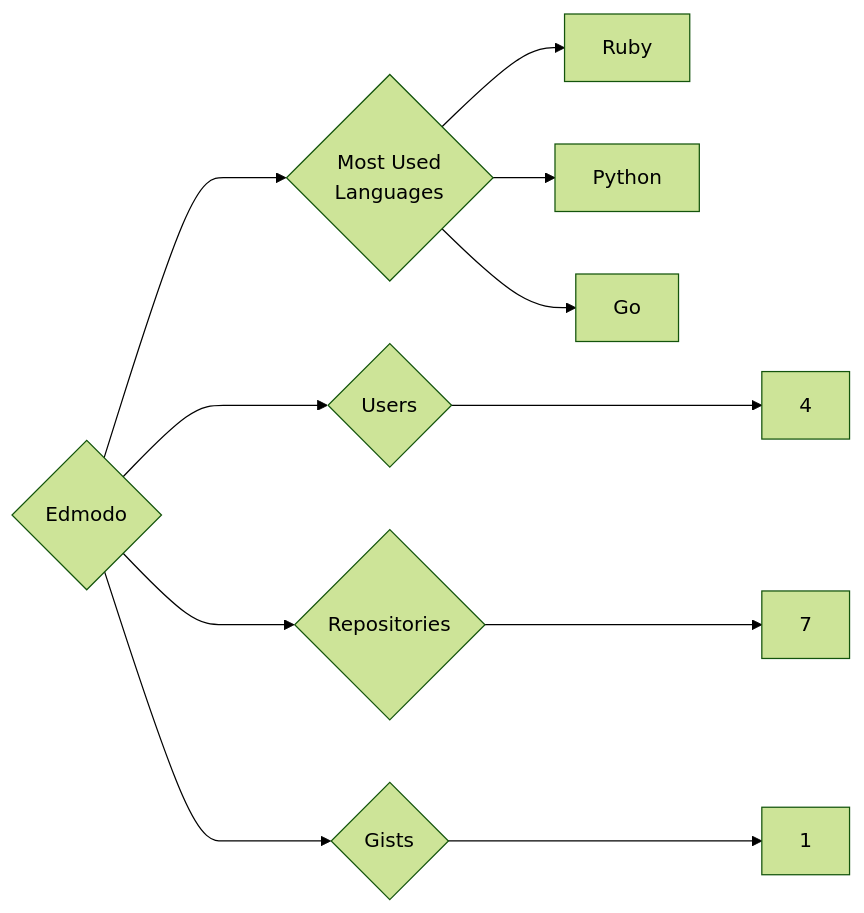
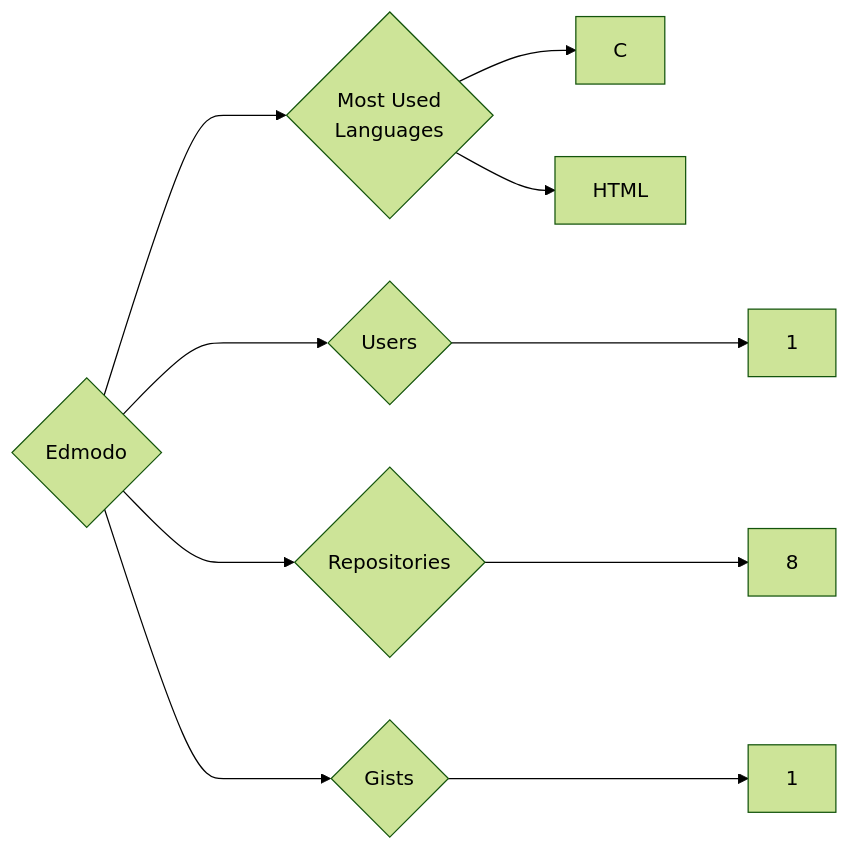
Before and after one commit to trickest/insiders: the diagram in targets/Edmodo/README.md, drawn with Mermaid (forest theme). The commit also changed 823 other files, not shown here.

````diff
--- a/targets/Edmodo/README.md
+++ b/targets/Edmodo/README.md
@@ -3,11 +3,10 @@
 ```mermaid
 graph LR
 COMPANY_NAME{Edmodo}
-COMPANY_NAME ---> U{Users} ---> UN[4]
-COMPANY_NAME ---> R{Repositories} ---> RN[7]
+COMPANY_NAME ---> U{Users} ---> UN[1]
+COMPANY_NAME ---> R{Repositories} ---> RN[8]
 COMPANY_NAME ---> G{Gists} ---> GN[1]
 COMPANY_NAME ---> ML{Most Used<br>Languages}
-ML --> Ruby[Ruby]
-ML --> Python[Python]
-ML --> Go[Go]
+ML --> C[C]
+ML --> HTML[HTML]
 ```
````
